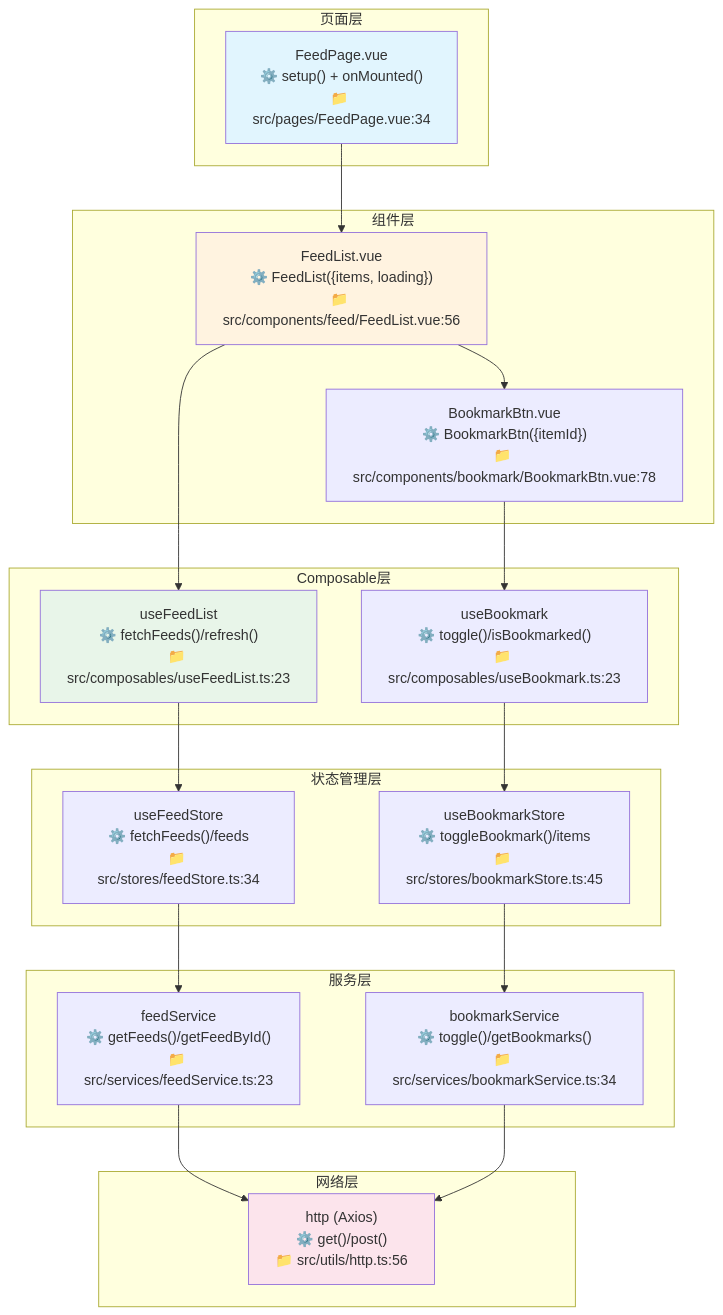
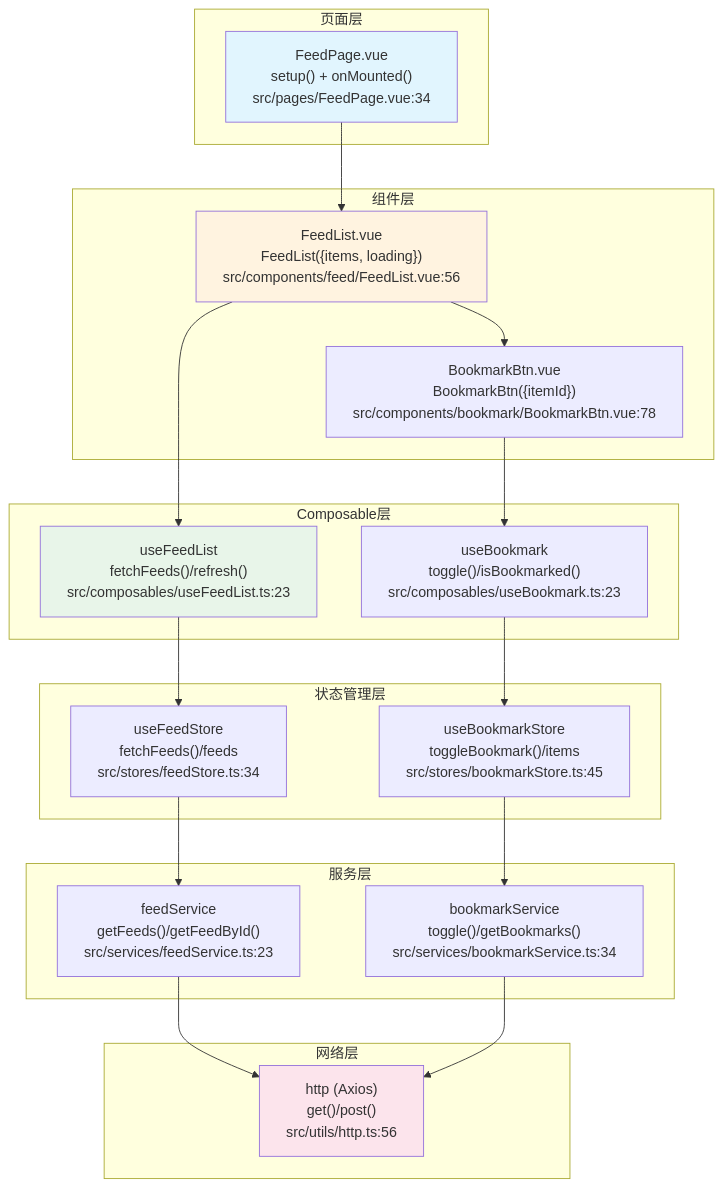
The fifth of 5 diagrams in references/vue-template.md (CaostGrace/project-arch-reverse), drawn with Mermaid before and after one commit. The commit also changed other lines of this file and 10 other files, not shown here.

Commit message:
fix: 修复 12.1 流程图 Mermaid 渲染问题 - 结构重组+节点引号+形状修复

````diff
--- a/references/vue-template.md
+++ b/references/vue-template.md
@@ -390,46 +404,47 @@
 ```mermaid
 flowchart TB
     subgraph Page[页面层]
-        FEED_PAGE["FeedPage.vue<br/>⚙️ setup() + onMounted()<br/>📁 src/pages/FeedPage.vue:34"]
+        FEED_PAGE["FeedPage.vue<br>setup() + onMounted()<br>src/pages/FeedPage.vue:34"]
+    end
+    subgraph Component[组件层]
+        FEED_LIST["FeedList.vue<br>FeedList({items, loading})<br>src/components/feed/FeedList.vue:56"]
+        BOOKMARK_BTN["BookmarkBtn.vue<br>BookmarkBtn({itemId})<br>src/components/bookmark/BookmarkBtn.vue:78"]
+    end
+    subgraph Composable[Composable层]
+        USE_FEED["useFeedList<br>fetchFeeds()/refresh()<br>src/composables/useFeedList.ts:23"]
+        USE_BOOKMARK["useBookmark<br>toggle()/isBookmarked()<br>src/composables/useBookmark.ts:23"]
+    end
+    subgraph Store[状态管理层]
+        FEED_STORE["useFeedStore<br>fetchFeeds()/feeds<br>src/stores/feedStore.ts:34"]
+        BOOKMARK_STORE["useBookmarkStore<br>toggleBookmark()/items<br>src/stores/bookmarkStore.ts:45"]
+    end
+    subgraph Service[服务层]
+        FEED_SVC["feedService<br>getFeeds()/getFeedById()<br>src/services/feedService.ts:23"]
+        BOOKMARK_SVC["bookmarkService<br>toggle()/getBookmarks()<br>src/services/bookmarkService.ts:34"]
+    end
+    subgraph HTTP[网络层]
+        HTTP_CLIENT["http (Axios)<br>get()/post()<br>src/utils/http.ts:56"]
     end
 
-    subgraph Component[组件层]
-        FEED_LIST["FeedList.vue<br/>⚙️ FeedList({items, loading})<br/>📁 src/components/feed/FeedList.vue:56"]
-        BOOKMARK_BTN["BookmarkBtn.vue<br/>⚙️ BookmarkBtn({itemId})<br/>📁 src/components/bookmark/BookmarkBtn.vue:78"]
-    end
 
-    subgraph Composable[Composable层]
-        USE_FEED["useFeedList<br/>⚙️ fetchFeeds()/refresh()<br/>📁 src/composables/useFeedList.ts:23"]
-        USE_BOOKMARK["useBookmark<br/>⚙️ toggle()/isBookmarked()<br/>📁 src/composables/useBookmark.ts:23"]
-    end
 
-    subgraph Store[状态管理层]
-        FEED_STORE["useFeedStore<br/>⚙️ fetchFeeds()/feeds<br/>📁 src/stores/feedStore.ts:34"]
-        BOOKMARK_STORE["useBookmarkStore<br/>⚙️ toggleBookmark()/items<br/>📁 src/stores/bookmarkStore.ts:45"]
-    end
 
-    subgraph Service[服务层]
-        FEED_SVC["feedService<br/>⚙️ getFeeds()/getFeedById()<br/>📁 src/services/feedService.ts:23"]
-        BOOKMARK_SVC["bookmarkService<br/>⚙️ toggle()/getBookmarks()<br/>📁 src/services/bookmarkService.ts:34"]
-    end
 
-    subgraph HTTP[网络层]
-        HTTP_CLIENT["http (Axios)<br/>⚙️ get()/post()<br/>📁 src/utils/http.ts:56"]
-    end
 
-    FEED_PAGE --> FEED_LIST
-    FEED_LIST --> USE_FEED
-    FEED_LIST --> BOOKMARK_BTN
-    BOOKMARK_BTN --> USE_BOOKMARK
-    USE_FEED --> FEED_STORE
-    USE_BOOKMARK --> BOOKMARK_STORE
-    FEED_STORE --> FEED_SVC
-    BOOKMARK_STORE --> BOOKMARK_SVC
-    FEED_SVC --> HTTP_CLIENT
-    BOOKMARK_SVC --> HTTP_CLIENT
 
-    style FEED_PAGE fill:#e1f5fe
-    style FEED_LIST fill:#fff3e0
-    style USE_FEED fill:#e8f5e9
-    style HTTP_CLIENT fill:#fce4ec
+FEED_PAGE --> FEED_LIST
+FEED_LIST --> USE_FEED
+FEED_LIST --> BOOKMARK_BTN
+BOOKMARK_BTN --> USE_BOOKMARK
+USE_FEED --> FEED_STORE
+USE_BOOKMARK --> BOOKMARK_STORE
+FEED_STORE --> FEED_SVC
+BOOKMARK_STORE --> BOOKMARK_SVC
+FEED_SVC --> HTTP_CLIENT
+BOOKMARK_SVC --> HTTP_CLIENT
+
+style FEED_PAGE fill:#e1f5fe
+style FEED_LIST fill:#fff3e0
+style USE_FEED fill:#e8f5e9
+style HTTP_CLIENT fill:#fce4ec
 ```
````
